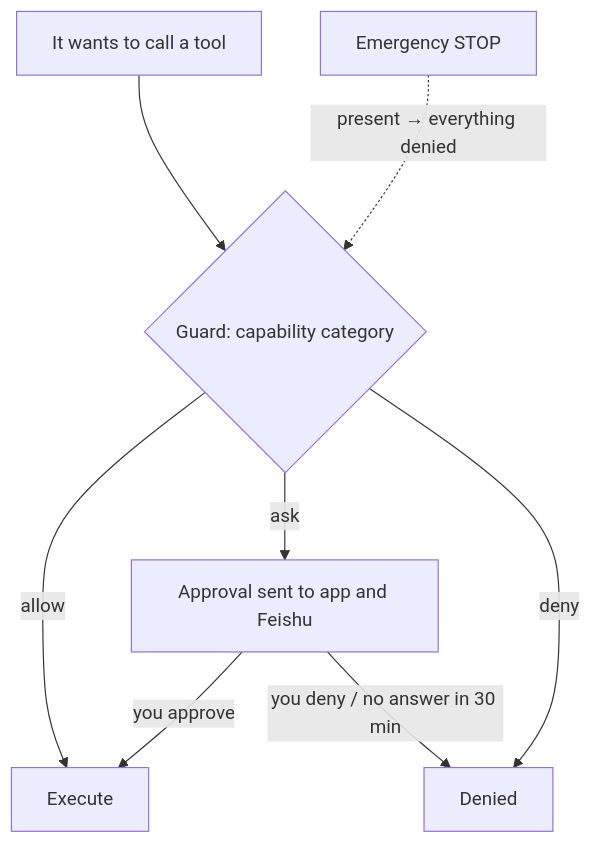
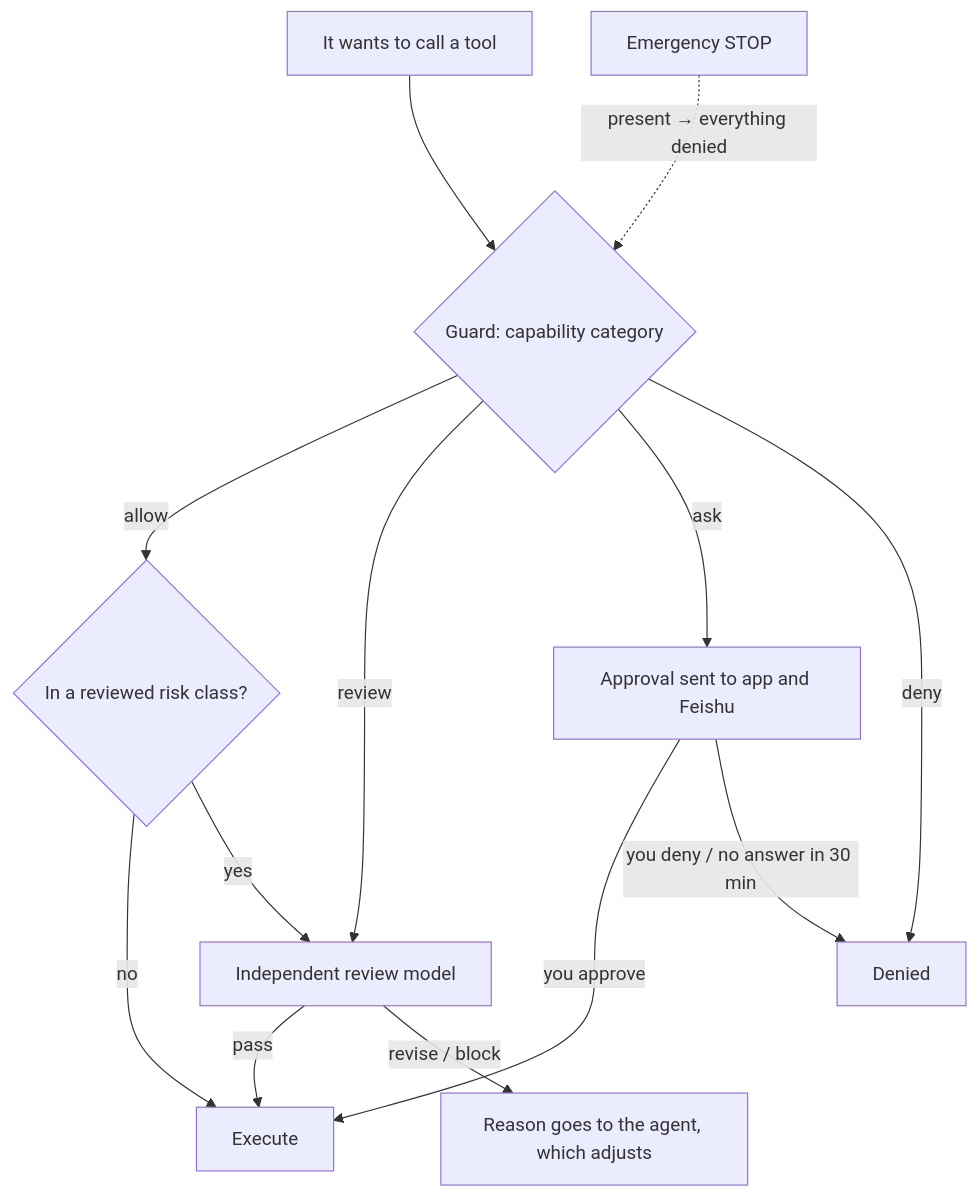
Before and after one commit to Causally-XYZ/Project.Quetzal: the diagram in website/content/docs/en/guide/permissions.md, drawn with Mermaid. The commit also changed other lines of this file and 25 other files, not shown here.

````diff
--- a/website/content/docs/en/guide/permissions.md
+++ b/website/content/docs/en/guide/permissions.md
@@ -10,10 +10,15 @@
 ```mermaid
 flowchart TB
   T[It wants to call a tool] --> G{Guard: capability category}
-  G -- allow --> X[Execute]
+  G -- allow --> R0{In a reviewed risk class?}
+  R0 -- no --> X[Execute]
+  R0 -- yes --> R
+  G -- review --> R[Independent review model]
+  R -- pass --> X
+  R -- revise / block --> F[Reason goes to the agent, which adjusts]
   G -- ask --> A[Approval sent to app and Feishu]
   A -- you approve --> X
   A -- you deny / no answer in 30 min --> D[Denied]
   G -- deny --> D
   S[Emergency STOP] -. present → everything denied .-> G
 ```
````
